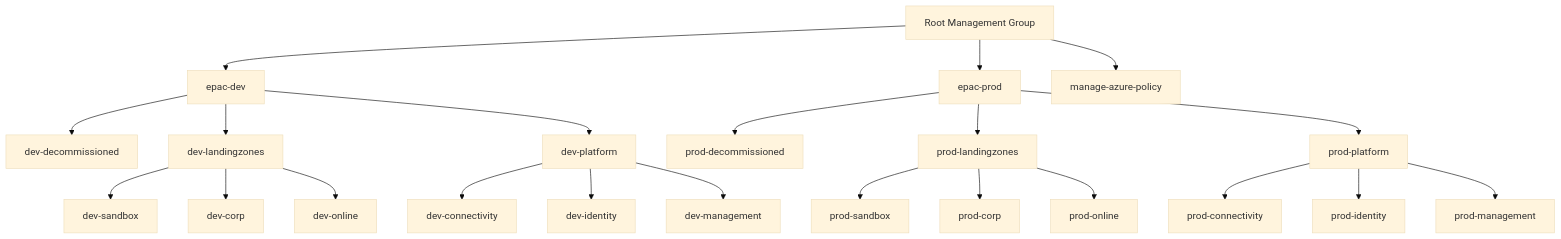
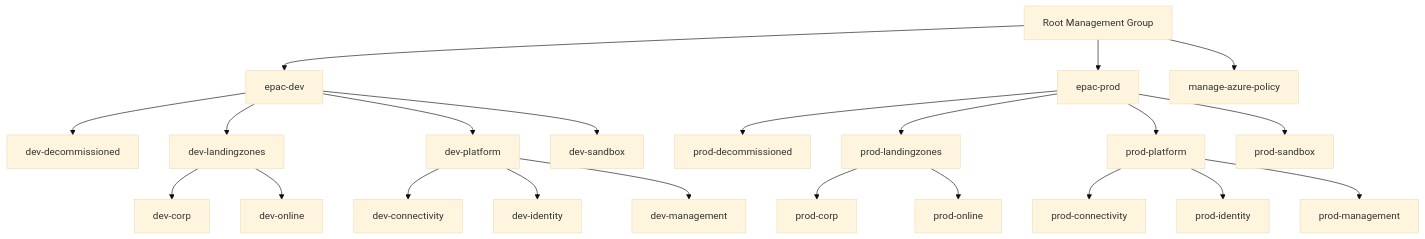
One commit to rfernandezdo/rfernandezdo.github.io changed the second of 2 diagrams in docs/blog/posts/2024/20240417_Azure_EPAC_using.md. Above: the diagram before and after it, drawn with Mermaid (base theme). The commit also changed other lines of this file, not shown here.

Commit message:
Update EPAC diagram in blog post

````diff
--- a/docs/blog/posts/2024/20240417_Azure_EPAC_using.md
+++ b/docs/blog/posts/2024/20240417_Azure_EPAC_using.md
@@ -50,30 +50,30 @@
 ```mermaid
   graph TD
       A[Root Management Group] --> B[epac-dev]
       B --> C[dev-decommissioned]
       B --> D[dev-landingzones]
       B --> E[dev-platform]
-      D --> F[dev-sandbox]
+      B --> F[dev-sandbox]
       D --> G[dev-corp]
       D --> H[dev-online]
       E --> I[dev-connectivity]
       E --> J[dev-identity]
       E --> K[dev-management]
       A[Root Management Group] --> L[epac-prod]
       L --> M[prod-decommissioned]
       L --> N[prod-landingzones]
       L --> O[prod-platform]
-      N --> P[prod-sandbox]
+      L --> P[prod-sandbox]
       N --> Q[prod-corp]
       N --> R[prod-online]
       O --> S[prod-connectivity]
       O --> T[prod-identity]
       O --> U[prod-management]
       A[Root Management Group] --> V[manage-azure-policy]
 
       classDef dev fill:#f90,stroke:#333,stroke-width:2px;
       classDef prod fill:#f9f,stroke:#333,stroke-width:2px;
       class dev A,B,C,D,E,F,G,H,I,J,K;
       class prod L,M,N,O,P,Q,R,S,T,U;   
     
 ```
````
